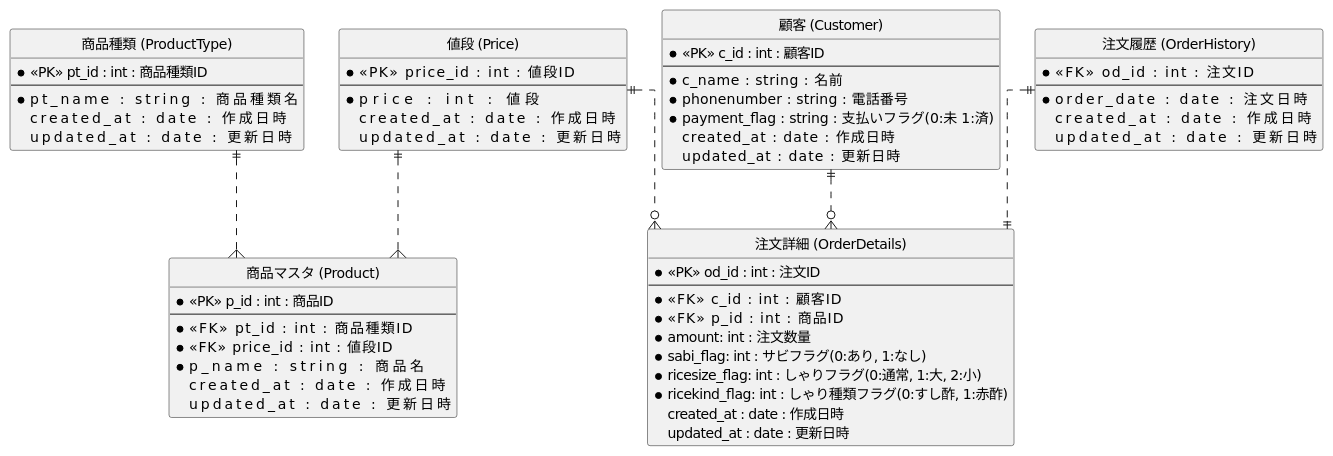
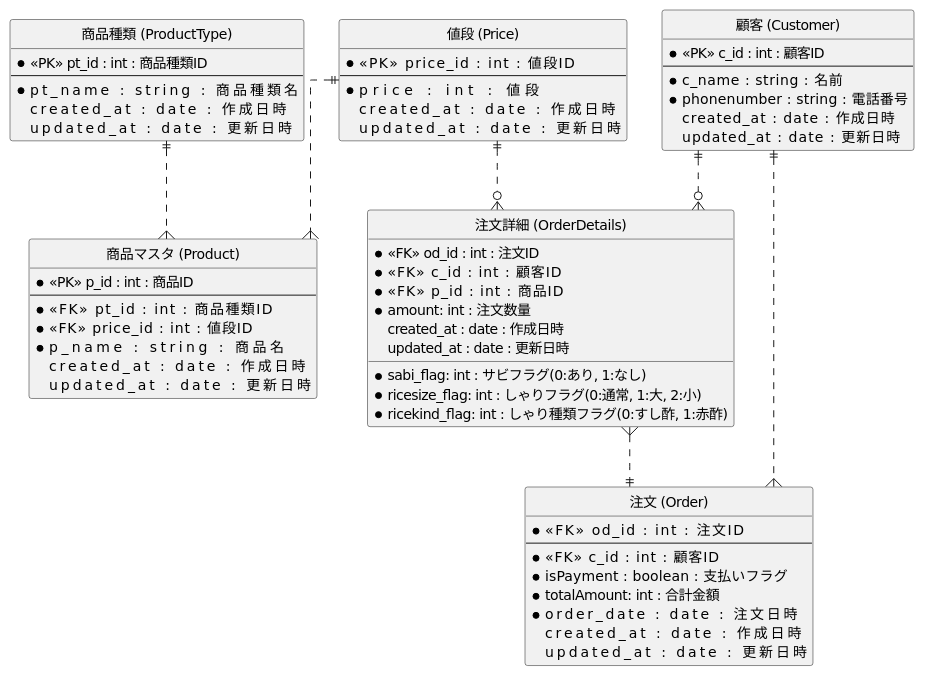
One commit to SatakeYusuke19920527/PrAhaChallenge changed the diagram in 01.データベース設計/DBモデリング1/ER/ERdiagram.pu. Above: the diagram before and after it, drawn with PlantUML. The commit also changed 5 other files, not shown here.

```diff
--- a/01.データベース設計/DBモデリング1/ER/ERdiagram.pu
+++ b/01.データベース設計/DBモデリング1/ER/ERdiagram.pu
@@ -1,68 +1,70 @@
 @startuml sushi
  hide circle
  skinparam linetype ortho
  
  entity "商品マスタ (Product)" as Product {
      * <<PK>> p_id : int : 商品ID
      --
      * <<FK>> pt_id              : int : 商品種類ID
      * <<FK>> price_id           : int : 値段ID
      * p_name                    : string    : 商品名
      created_at                  : date      : 作成日時
      updated_at                  : date      : 更新日時
  }
 
  entity "商品種類 (ProductType)" as ProductType {
      * <<PK>> pt_id : int : 商品種類ID
      --
      * pt_name                    : string    : 商品種類名
      created_at                  : date      : 作成日時
      updated_at                  : date      : 更新日時
  }
 
   entity "値段 (Price)" as Price {
      * <<PK>> price_id              : int : 値段ID
      --
      * price                    : int    : 値段
      created_at                  : date      : 作成日時
      updated_at                  : date      : 更新日時
  }
 
  entity "顧客 (Customer)" as Customer {
      * <<PK>> c_id : int : 顧客ID
      --
      * c_name    : string    : 名前
      * phonenumber  : string    : 電話番号
-     * payment_flag  : string    : 支払いフラグ(0:未 1:済)
      created_at      : date      : 作成日時
      updated_at      : date      : 更新日時
  }
 
  entity "注文詳細 (OrderDetails)" as OrderDetails {
-     * <<PK>> od_id : int : 注文ID
-     --
+     * <<FK>> od_id : int : 注文ID
      * <<FK>> c_id          : int : 顧客ID
      * <<FK>> p_id          : int : 商品ID
      * amount: int : 注文数量 
      * sabi_flag: int : サビフラグ(0:あり, 1:なし)
      * ricesize_flag: int : しゃりフラグ(0:通常, 1:大, 2:小)
      * ricekind_flag: int : しゃり種類フラグ(0:すし酢, 1:赤酢)
      created_at : date : 作成日時
      updated_at : date : 更新日時
  }
 
-entity "注文履歴 (OrderHistory)" as OrderHistory {
+entity "注文 (Order)" as Order {
      * <<FK>> od_id              : int : 注文ID
      --
+     * <<FK>> c_id          : int : 顧客ID
+     * isPayment  : boolean    : 支払いフラグ
+     * totalAmount: int : 合計金額
      * order_date                : date      : 注文日時
      created_at                  : date      : 作成日時
      updated_at                  : date      : 更新日時
  }
 
  ProductType ||..{ Product
  Price ||..{ Product
  Customer ||..o{ OrderDetails
  Price ||..o{ OrderDetails
- OrderHistory ||..|| OrderDetails
+ OrderDetails }..|| Order
+ Customer ||..{ Order 
 
  @enduml
```
